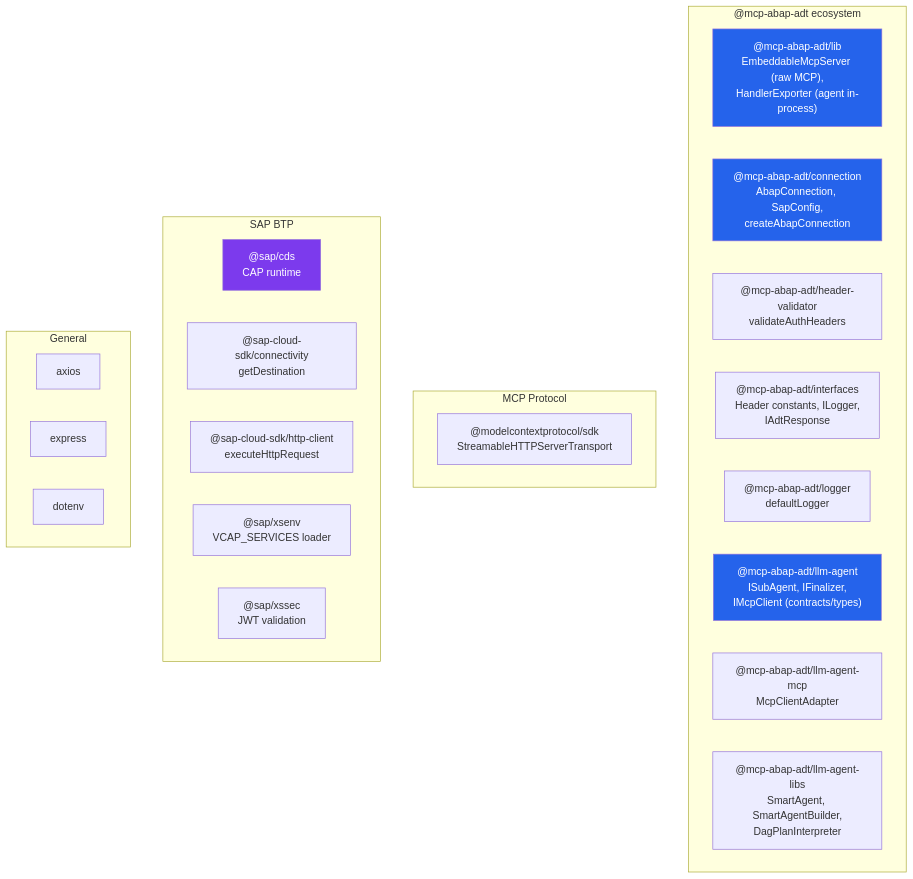
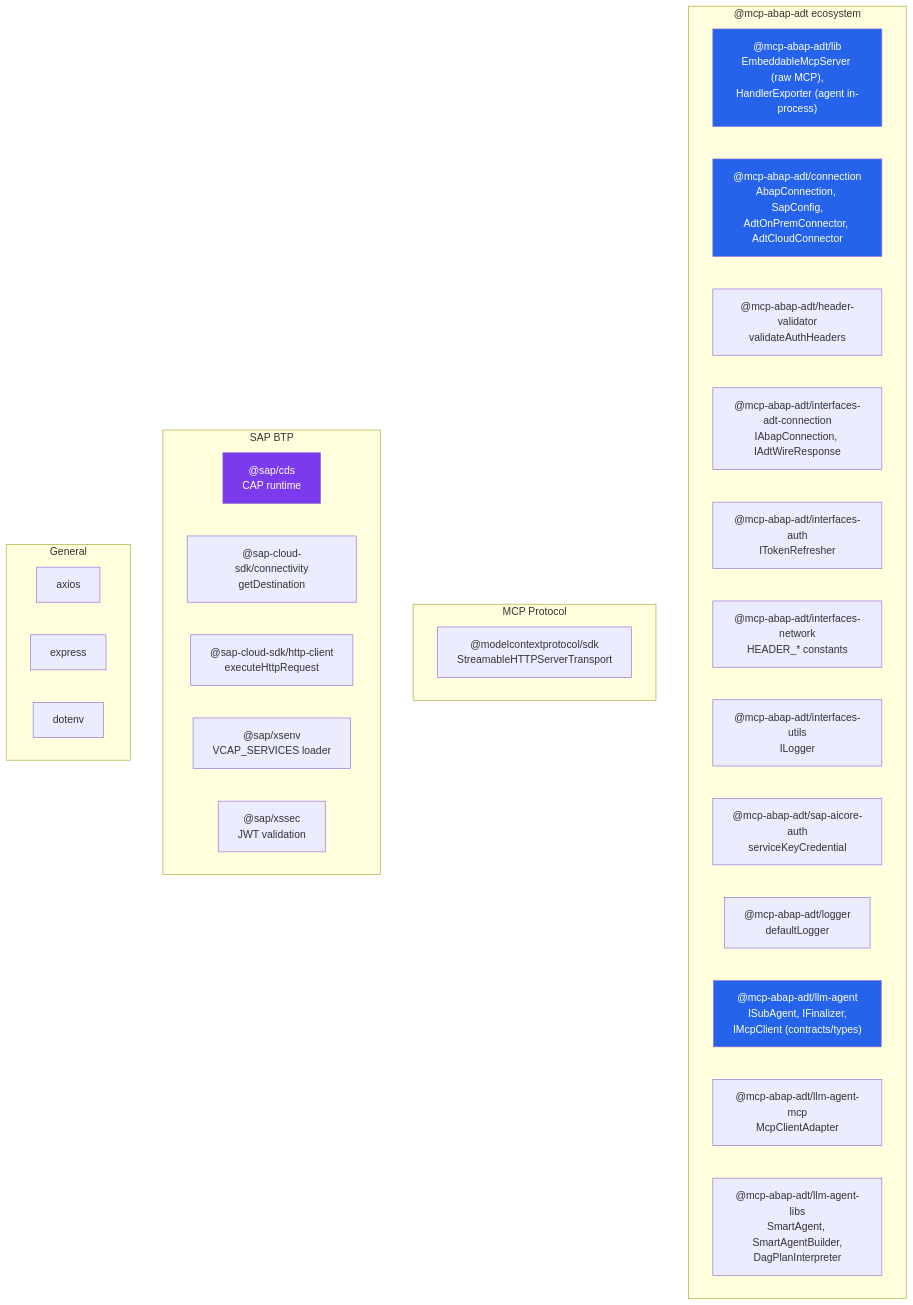
One commit to fr0ster/cloud-llm-hub changed diagram 20 of 24 in docs/architecture/ARCHITECTURE.md. Above: the diagram before and after it, drawn with Mermaid. The commit also changed other lines of this file and 45 other files, not shown here.

````diff
--- a/docs/architecture/ARCHITECTURE.md
+++ b/docs/architecture/ARCHITECTURE.md
@@ -1138,36 +1139,40 @@
 ```mermaid
 graph TB
     subgraph "@mcp-abap-adt ecosystem"
         CORE["@mcp-abap-adt/lib<br/>EmbeddableMcpServer (raw MCP),<br/>HandlerExporter (agent in-process)"]
-        CONN_PKG["@mcp-abap-adt/connection<br/>AbapConnection, SapConfig,<br/>createAbapConnection"]
+        CONN_PKG["@mcp-abap-adt/connection<br/>AbapConnection, SapConfig,<br/>AdtOnPremConnector, AdtCloudConnector"]
         HV_PKG["@mcp-abap-adt/header-validator<br/>validateAuthHeaders"]
-        IFACE["@mcp-abap-adt/interfaces<br/>Header constants, ILogger,<br/>IAdtResponse"]
+        IFACE_ADT["@mcp-abap-adt/interfaces-adt-connection<br/>IAbapConnection, IAdtWireResponse"]
+        IFACE_AUTH["@mcp-abap-adt/interfaces-auth<br/>ITokenRefresher"]
+        IFACE_NET["@mcp-abap-adt/interfaces-network<br/>HEADER_* constants"]
+        IFACE_UTILS["@mcp-abap-adt/interfaces-utils<br/>ILogger"]
+        AICORE_AUTH["@mcp-abap-adt/sap-aicore-auth<br/>serviceKeyCredential"]
         LOG_PKG["@mcp-abap-adt/logger<br/>defaultLogger"]
         LLM_PKG["@mcp-abap-adt/llm-agent<br/>ISubAgent, IFinalizer,<br/>IMcpClient (contracts/types)"]
         LLM_MCP_PKG["@mcp-abap-adt/llm-agent-mcp<br/>McpClientAdapter"]
         LLM_LIBS_PKG["@mcp-abap-adt/llm-agent-libs<br/>SmartAgent, SmartAgentBuilder,<br/>DagPlanInterpreter"]
     end
 
     subgraph "MCP Protocol"
         MCP_SDK["@modelcontextprotocol/sdk<br/>StreamableHTTPServerTransport"]
     end
 
     subgraph "SAP BTP"
         SAP_CDS["@sap/cds<br/>CAP runtime"]
         SAP_SDK_C["@sap-cloud-sdk/connectivity<br/>getDestination"]
         SAP_SDK_H["@sap-cloud-sdk/http-client<br/>executeHttpRequest"]
         SAP_XSENV["@sap/xsenv<br/>VCAP_SERVICES loader"]
         SAP_XSSEC["@sap/xssec<br/>JWT validation"]
     end
 
     subgraph "General"
         AXIOS["axios"]
         EXPRESS["express"]
         DOTENV["dotenv"]
     end
 
     style CORE fill:#2563eb,color:#fff
     style CONN_PKG fill:#2563eb,color:#fff
     style LLM_PKG fill:#2563eb,color:#fff
     style SAP_CDS fill:#7c3aed,color:#fff
 ```
````
